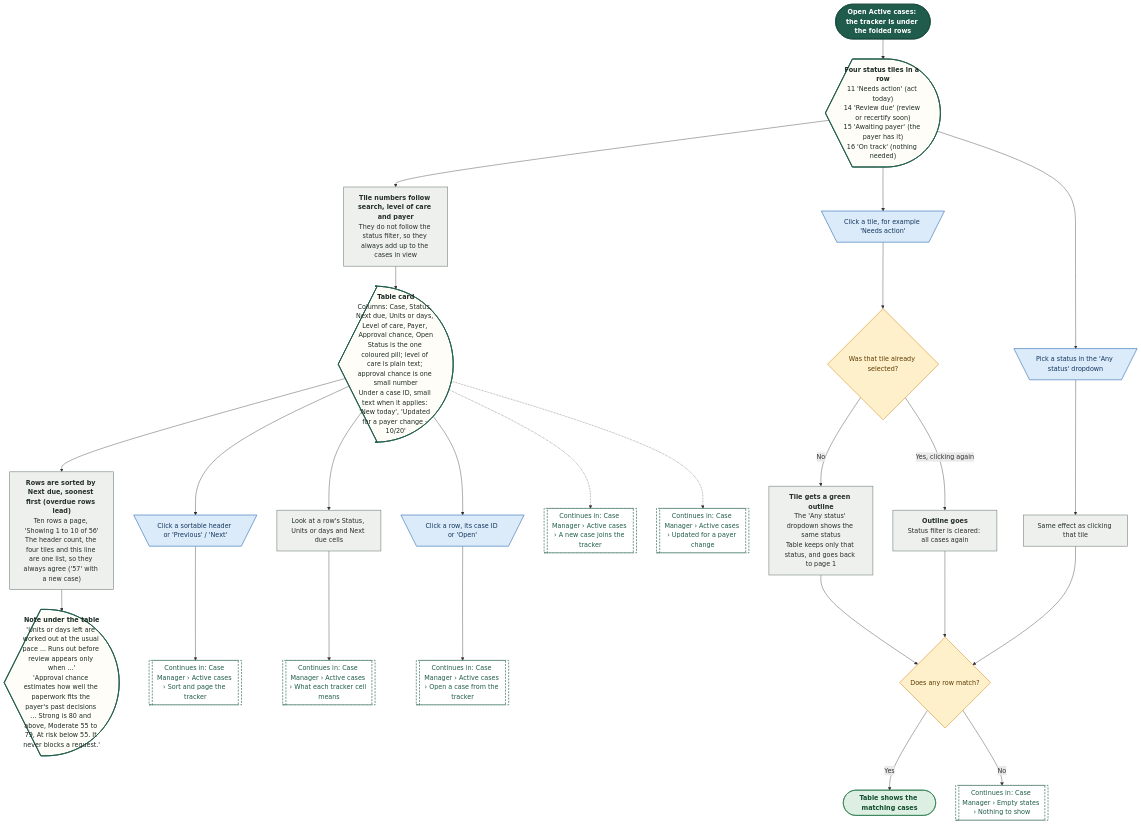
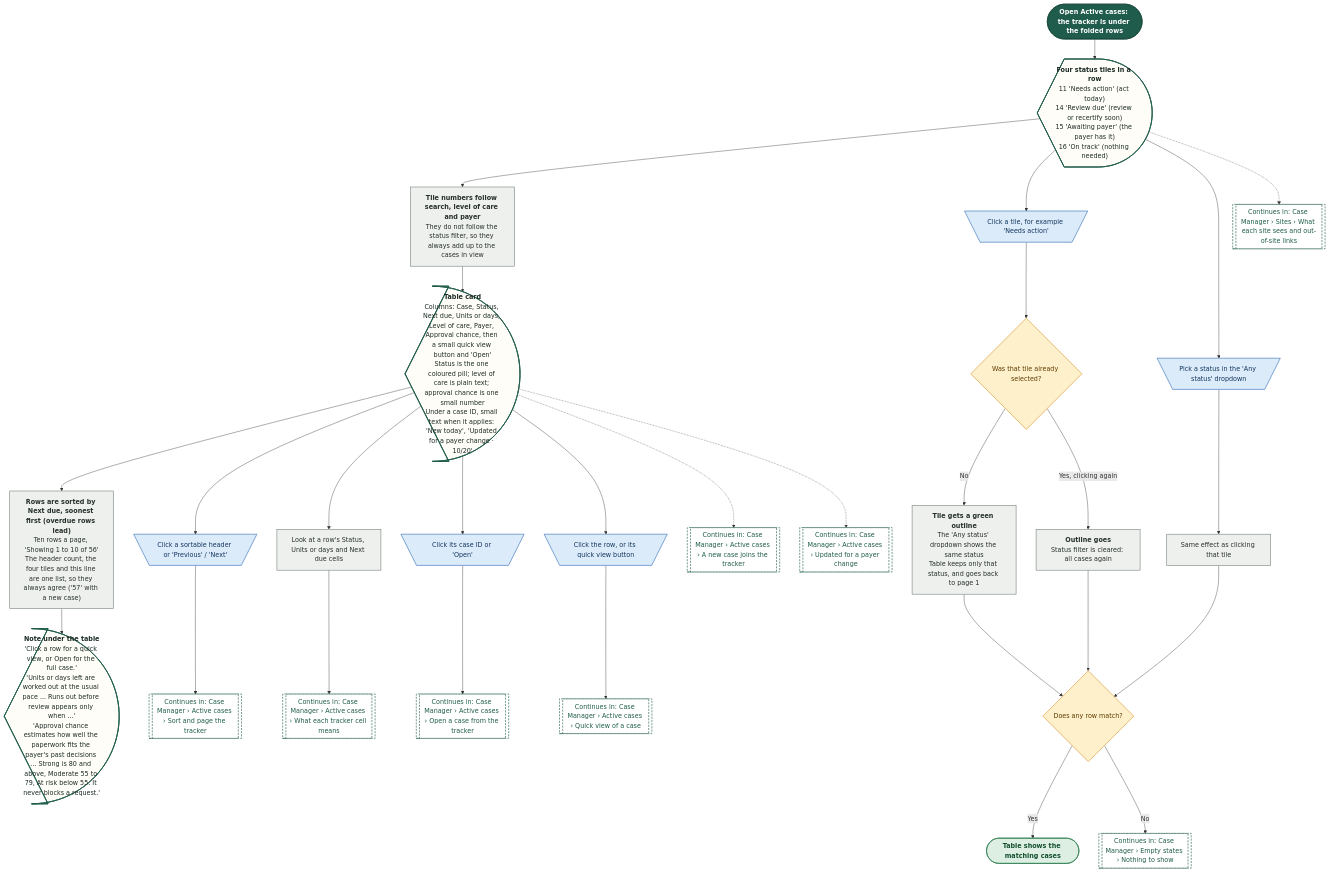
The eighth of 24 diagrams in demos/prior-auth-demo/workflows/out/md/07-case-manager.md (Shrav143/psyfloapp), drawn with Mermaid before and after one commit. The commit also changed other lines of this file and 251 other files, not shown here.

First line of the commit message:
docs: rebuild the workflow diagrams (291) for round 4

````diff
--- a/demos/prior-auth-demo/workflows/out/md/07-case-manager.md
+++ b/demos/prior-auth-demo/workflows/out/md/07-case-manager.md
@@ -527,65 +527,70 @@
 ```mermaid
 %%{init: {"theme":"base","themeVariables":{"fontFamily":"'DM Sans', 'Segoe UI', system-ui, sans-serif","fontSize":"15px","lineColor":"#5B6B63","primaryTextColor":"#1C2B25","clusterBkg":"#FBF8F3","clusterBorder":"#D9CDBB","edgeLabelBackground":"#FFFFFF"},"flowchart":{"curve":"basis","nodeSpacing":36,"rankSpacing":48,"padding":12,"htmlLabels":true,"useMaxWidth":false,"wrappingWidth":230}} }%%
 flowchart TD
   classDef k_start fill:#1F5C4B,stroke:#174638,color:#FFFFFF,stroke-width:1.5px,font-weight:600
   classDef k_end fill:#DDEFE3,stroke:#2E7D4F,color:#14502F,stroke-width:1.5px,font-weight:600
   classDef k_endx fill:#FBE3E0,stroke:#C0392B,color:#7A1F16,stroke-width:1.5px,font-weight:600
   classDef k_screen fill:#FFFDF8,stroke:#1F5C4B,color:#1C2B25,stroke-width:2px
   classDef k_overlay fill:#F1F7F3,stroke:#1F5C4B,color:#1C2B25,stroke-width:2px,stroke-dasharray:5 3
   classDef k_click fill:#DCEBFA,stroke:#2F6DB5,color:#12365F,stroke-width:1.5px
   classDef k_input fill:#E4E7FF,stroke:#4C5FD5,color:#1D2670,stroke-width:1.5px
   classDef k_process fill:#EEF0EE,stroke:#7A857F,color:#26302B,stroke-width:1.5px
   classDef k_agent fill:#EEE5FA,stroke:#7A4FC2,color:#341A63,stroke-width:1.5px
   classDef k_decision fill:#FFF0CC,stroke:#D9962B,color:#5C3B00,stroke-width:1.5px
   classDef k_store fill:#D5F0EA,stroke:#1C8E7B,color:#0B4A3F,stroke-width:1.5px
   classDef k_doc fill:#F6E9DC,stroke:#B07A4C,color:#4A2E14,stroke-width:1.5px
   classDef k_ext fill:#FFE6D2,stroke:#E07B39,color:#6B2F06,stroke-width:1.5px
   classDef k_wait fill:#E4E8EE,stroke:#6B7C93,color:#26303D,stroke-width:1.5px
   classDef k_toast fill:#FFF9DB,stroke:#C9A400,color:#5A4A00,stroke-width:1.5px
   classDef k_goto fill:#FFFFFF,stroke:#1F5C4B,color:#1F5C4B,stroke-width:1.5px,stroke-dasharray:5 3
   s1@{ shape: stadium, label: "Open Active cases: the tracker is under the folded rows" }
   t0@{ shape: curv-trap, label: "<b>Four status tiles in a row</b><br/>11 'Needs action' (act today)<br/>14 'Review due' (review or recertify soon)<br/>15 'Awaiting payer' (the payer has it)<br/>16 'On track' (nothing needed)" }
   p0@{ shape: rect, label: "<b>Tile numbers follow search, level of care and payer</b><br/>They do not follow the status filter, so they always add up to the cases in view" }
-  t1@{ shape: curv-trap, label: "<b>Table card</b><br/>Columns: Case, Status, Next due, Units or days, Level of care, Payer, Approval chance, Open<br/>Status is the one coloured pill; level of care is plain text; approval chance is one small number<br/>Under a case ID, small text when it applies: 'New today', 'Updated for a payer change · 10/20'" }
+  t1@{ shape: curv-trap, label: "<b>Table card</b><br/>Columns: Case, Status, Next due, Units or days, Level of care, Payer, Approval chance, then a small quick view button and 'Open'<br/>Status is the one coloured pill; level of care is plain text; approval chance is one small number<br/>Under a case ID, small text when it applies: 'New today', 'Updated for a payer change · 10/20'" }
   p1@{ shape: rect, label: "<b>Rows are sorted by Next due, soonest first (overdue rows lead)</b><br/>Ten rows a page, 'Showing 1 to 10 of 56'<br/>The header count, the four tiles and this line are one list, so they always agree ('57' with a new case)" }
-  t2@{ shape: curv-trap, label: "<b>Note under the table</b><br/>'Units or days left are worked out at the usual pace ... Runs out before review appears only when ...'<br/>'Approval chance estimates how well the paperwork fits the payer's past decisions ... Strong is 80 and above, Moderate 55 to 79, At risk below 55. It never blocks a request.'" }
+  t2@{ shape: curv-trap, label: "<b>Note under the table</b><br/>'Click a row for a quick view, or Open for the full case.'<br/>'Units or days left are worked out at the usual pace ... Runs out before review appears only when ...'<br/>'Approval chance estimates how well the paperwork fits the payer's past decisions ... Strong is 80 and above, Moderate 55 to 79, At risk below 55. It never blocks a request.'" }
   c1@{ shape: trap-t, label: "Click a tile, for example 'Needs action'" }
   d1@{ shape: diam, label: "Was that tile already selected?" }
   p2@{ shape: rect, label: "<b>Tile gets a green outline</b><br/>The 'Any status' dropdown shows the same status<br/>Table keeps only that status, and goes back to page 1" }
   p3@{ shape: rect, label: "<b>Outline goes</b><br/>Status filter is cleared: all cases again" }
   c2@{ shape: trap-t, label: "Pick a status in the 'Any status' dropdown" }
   p4@{ shape: rect, label: "Same effect as clicking that tile" }
   c3@{ shape: trap-t, label: "Click a sortable header or 'Previous' / 'Next'" }
   g1@{ shape: subproc, label: "Continues in: Case Manager › Active cases › Sort and page the tracker" }
   c4@{ shape: rect, label: "Look at a row's Status, Units or days and Next due cells" }
   g2@{ shape: subproc, label: "Continues in: Case Manager › Active cases › What each tracker cell means" }
-  c5@{ shape: trap-t, label: "Click a row, its case ID or 'Open'" }
+  c5@{ shape: trap-t, label: "Click its case ID or 'Open'" }
   g3@{ shape: subproc, label: "Continues in: Case Manager › Active cases › Open a case from the tracker" }
+  c6@{ shape: trap-t, label: "Click the row, or its quick view button" }
+  g7@{ shape: subproc, label: "Continues in: Case Manager › Active cases › Quick view of a case" }
+  g8@{ shape: subproc, label: "Continues in: Case Manager › Sites › What each site sees and out-of-site links" }
   d2@{ shape: diam, label: "Does any row match?" }
   g4@{ shape: subproc, label: "Continues in: Case Manager › Empty states › Nothing to show" }
   g5@{ shape: subproc, label: "Continues in: Case Manager › Active cases › A new case joins the tracker" }
   g6@{ shape: subproc, label: "Continues in: Case Manager › Active cases › Updated for a payer change" }
   e1@{ shape: stadium, label: "Table shows the matching cases" }
   s1 --> t0 --> p0 --> t1 --> p1 --> t2
   t0 --> c1 --> d1
   d1 -->|"No"| p2
   d1 -->|"Yes, clicking again"| p3
   t0 --> c2 --> p4
   p2 --> d2
   p3 --> d2
   p4 --> d2
   d2 -->|"Yes"| e1
   d2 -->|"No"| g4
   t1 --> c3 --> g1
   t1 --> c4 --> g2
   t1 --> c5 --> g3
+  t1 --> c6 --> g7
+  t0 -.-> g8
   t1 -.-> g5
   t1 -.-> g6
   class s1 k_start
   class t0,t1,t2 k_screen
   class p0,p1,p2,p3,p4,c4 k_process
-  class c1,c2,c3,c5 k_click
+  class c1,c2,c3,c5,c6 k_click
   class d1,d2 k_decision
-  class g1,g2,g3,g4,g5,g6 k_goto
+  class g1,g2,g3,g7,g8,g4,g5,g6 k_goto
   class e1 k_end
 ```
````
